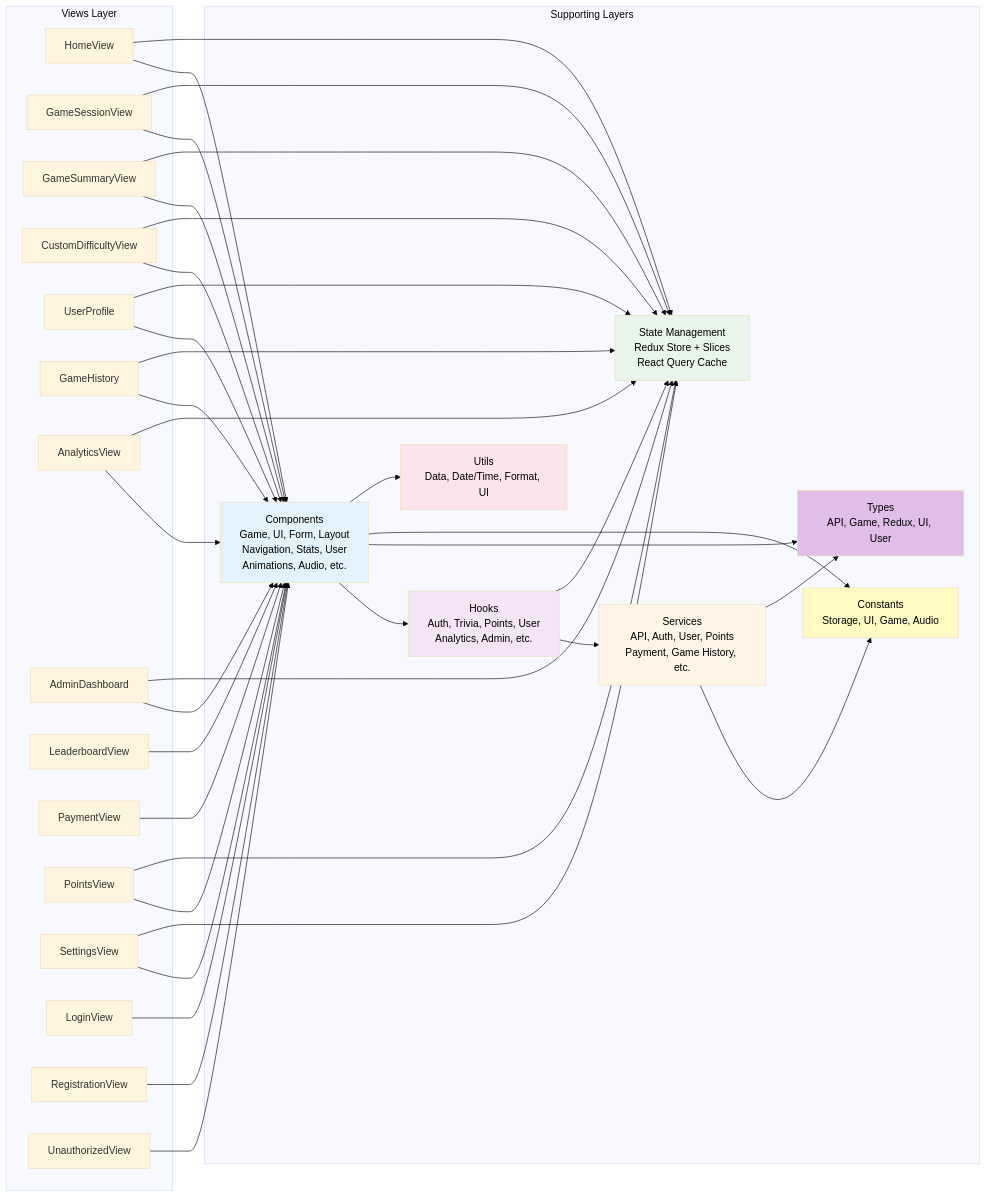
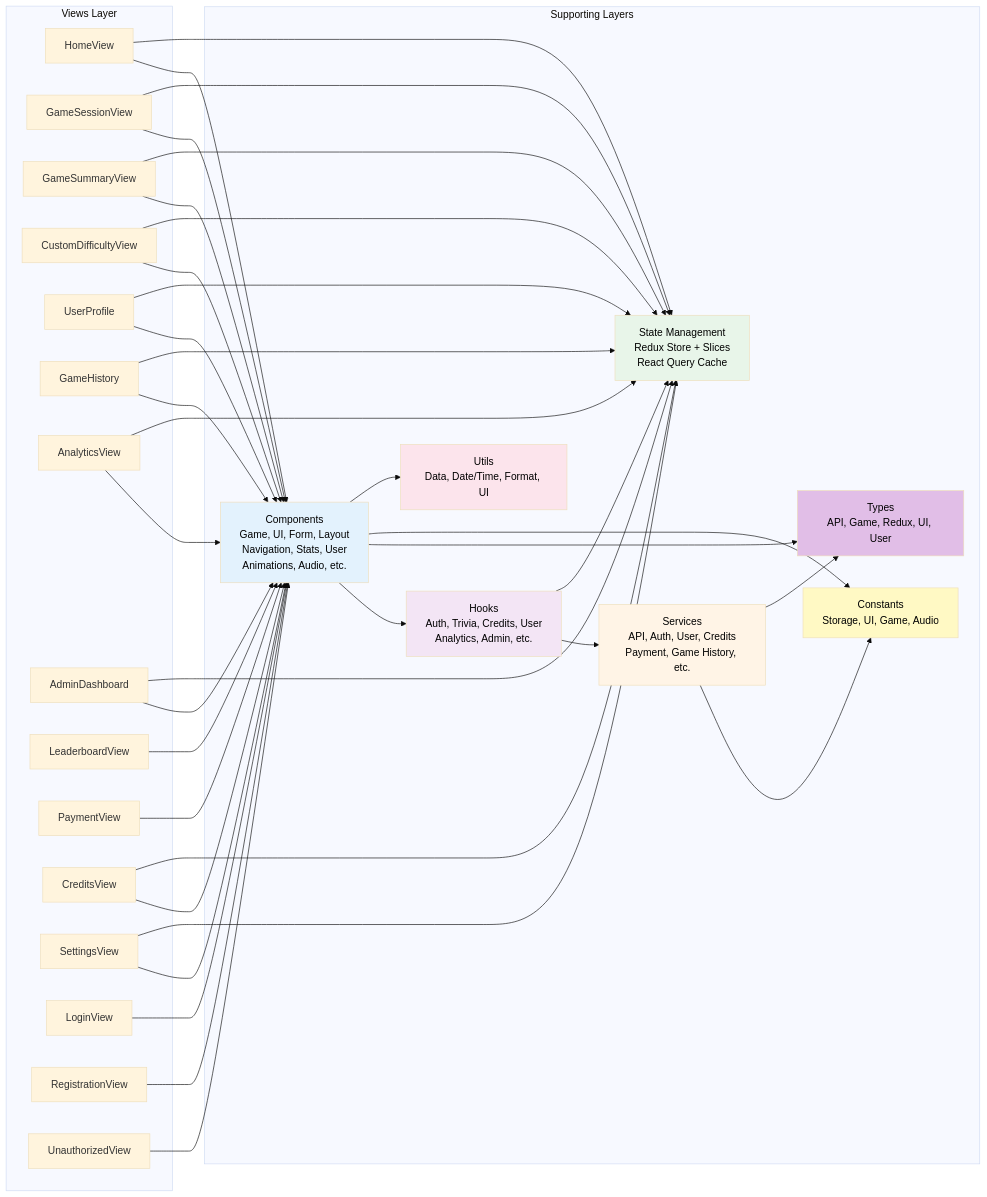
One commit to IsraelRub/EveryTriv changed the seventh of 28 diagrams in docs/DIAGRAMS.md. Above: the diagram before and after it, drawn with Mermaid (base theme). The commit also changed other lines of this file and 600 other files, not shown here.

Commit message:
feat: add multiplayer game mode, migrate from points to credits system, reorganize components, and rename AI providers

````diff
--- a/docs/DIAGRAMS.md
+++ b/docs/DIAGRAMS.md
@@ -510,74 +544,74 @@
 ```mermaid
 graph LR
     subgraph "Views Layer"
         A[HomeView]
         B[GameSessionView]
         C[GameSummaryView]
         D[CustomDifficultyView]
         E[UserProfile]
         F[GameHistory]
         G[AnalyticsView]
         H[AdminDashboard]
         I[LeaderboardView]
         J[PaymentView]
-        K[PointsView]
+        K[CreditsView]
         L[SettingsView]
         M[LoginView]
         N[RegistrationView]
         O[UnauthorizedView]
     end
 
     subgraph "Supporting Layers"
         COMP[Components<br/>Game, UI, Form, Layout<br/>Navigation, Stats, User<br/>Animations, Audio, etc.]
         STATE[State Management<br/>Redux Store + Slices<br/>React Query Cache]
-        SERV[Services<br/>API, Auth, User, Points<br/>Payment, Game History, etc.]
-        HOOKS[Hooks<br/>Auth, Trivia, Points, User<br/>Analytics, Admin, etc.]
+        SERV[Services<br/>API, Auth, User, Credits<br/>Payment, Game History, etc.]
+        HOOKS[Hooks<br/>Auth, Trivia, Credits, User<br/>Analytics, Admin, etc.]
         CONST[Constants<br/>Storage, UI, Game, Audio]
         TYPES[Types<br/>API, Game, Redux, UI, User]
         UTILS[Utils<br/>Data, Date/Time, Format, UI]
     end
 
     A --> COMP
     B --> COMP
     C --> COMP
     D --> COMP
     E --> COMP
     F --> COMP
     G --> COMP
     H --> COMP
     I --> COMP
     J --> COMP
     K --> COMP
     L --> COMP
     M --> COMP
     N --> COMP
     O --> COMP
 
     A --> STATE
     B --> STATE
     C --> STATE
     D --> STATE
     E --> STATE
     F --> STATE
     G --> STATE
     H --> STATE
     K --> STATE
     L --> STATE
 
     COMP --> HOOKS
     HOOKS --> SERV
     HOOKS --> STATE
     SERV --> CONST
     SERV --> TYPES
     COMP --> TYPES
     COMP --> CONST
     COMP --> UTILS
 
     style COMP fill:#e3f2fd,color:#000000
     style STATE fill:#e8f5e9,color:#000000
     style SERV fill:#fff4e6,color:#000000
     style HOOKS fill:#f3e5f5,color:#000000
     style CONST fill:#fff9c4,color:#000000
     style TYPES fill:#e1bee7,color:#000000
     style UTILS fill:#fce4ec,color:#000000
 ```
````
